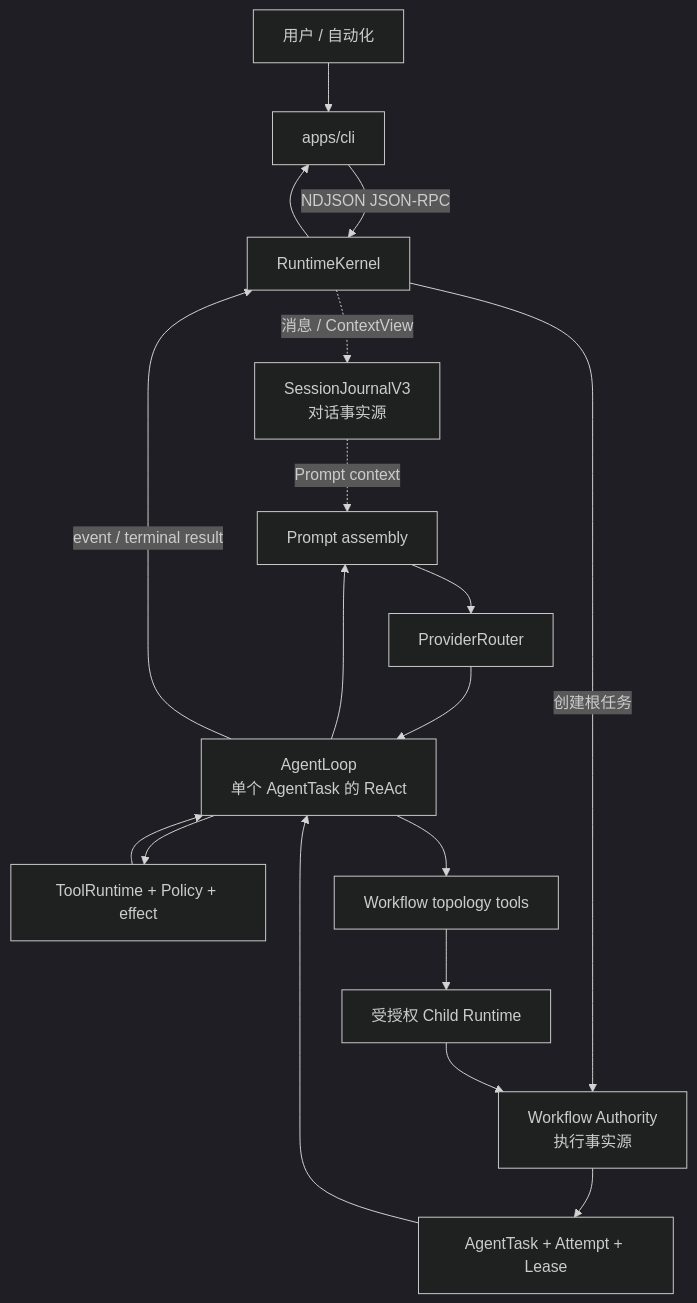
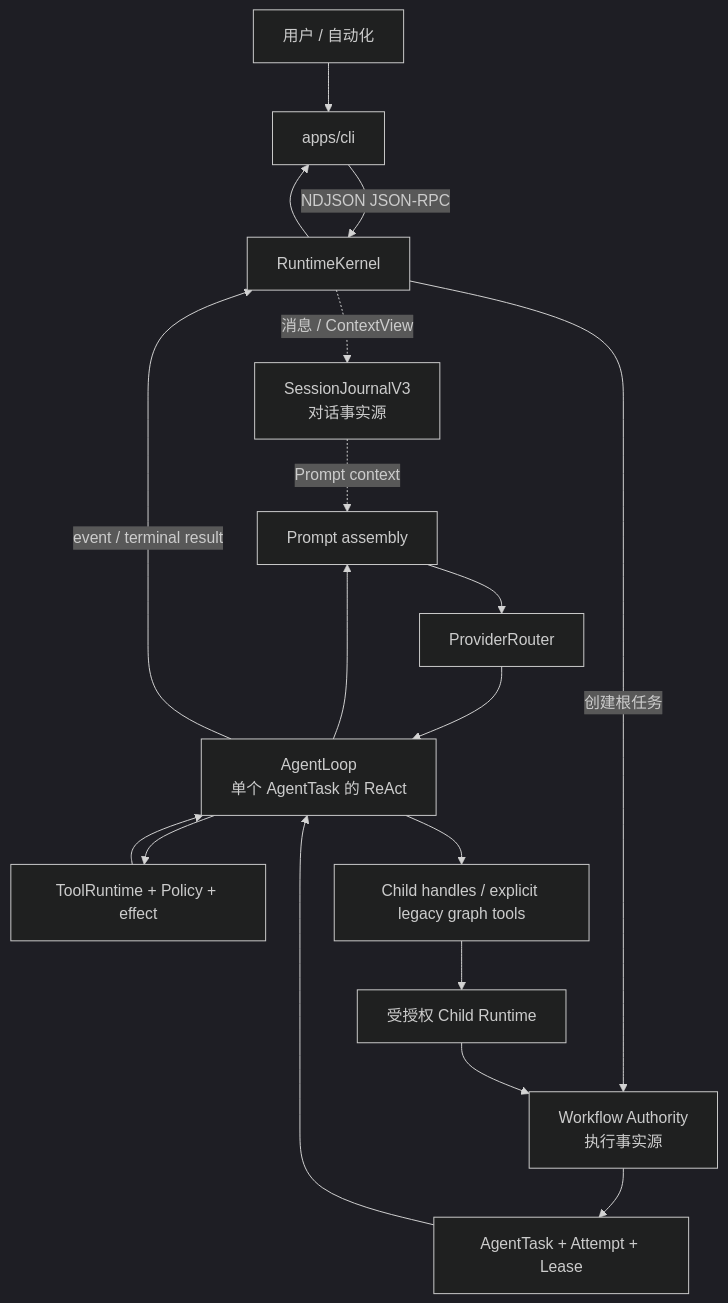
One commit to zr314/praxis-architecture-showcase changed the first of 2 diagrams in docs/module-map.md. Above: the diagram before and after it, drawn with Mermaid (dark theme). The commit also changed other lines of this file and 338 other files, not shown here.

````diff
--- a/docs/module-map.md
+++ b/docs/module-map.md
@@ -14,20 +14,20 @@
 ```mermaid
 flowchart TD
     U["用户 / 自动化"] --> CLI["apps/cli"]
     CLI -->|"NDJSON JSON-RPC"| RT["RuntimeKernel"]
     RT -. "消息 / ContextView" .-> SJ["SessionJournalV3\n对话事实源"]
     RT -->|"创建根任务"| WA["Workflow Authority\n执行事实源"]
     WA --> TL["AgentTask + Attempt + Lease"]
     TL --> AL["AgentLoop\n单个 AgentTask 的 ReAct"]
     SJ -. "Prompt context" .-> PA["Prompt assembly"]
     AL --> PA
     PA --> PR["ProviderRouter"]
     AL --> TR["ToolRuntime + Policy + effect"]
-    AL --> WF["Workflow topology tools"]
+    AL --> WF["Child handles / explicit legacy graph tools"]
     WF --> CH["受授权 Child Runtime"]
     CH --> WA
     PR --> AL
     TR --> AL
     AL -->|"event / terminal result"| RT
     RT --> CLI
 ```
````
